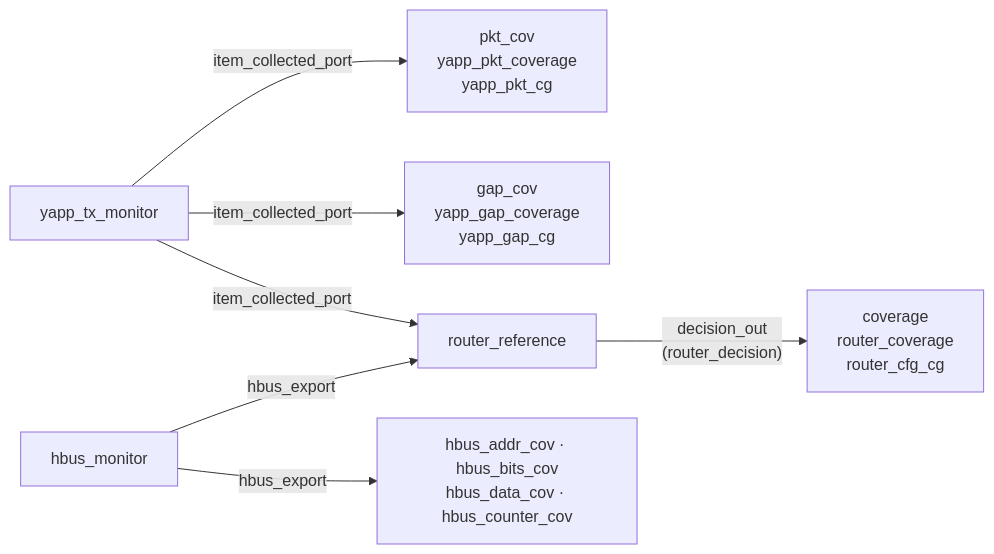
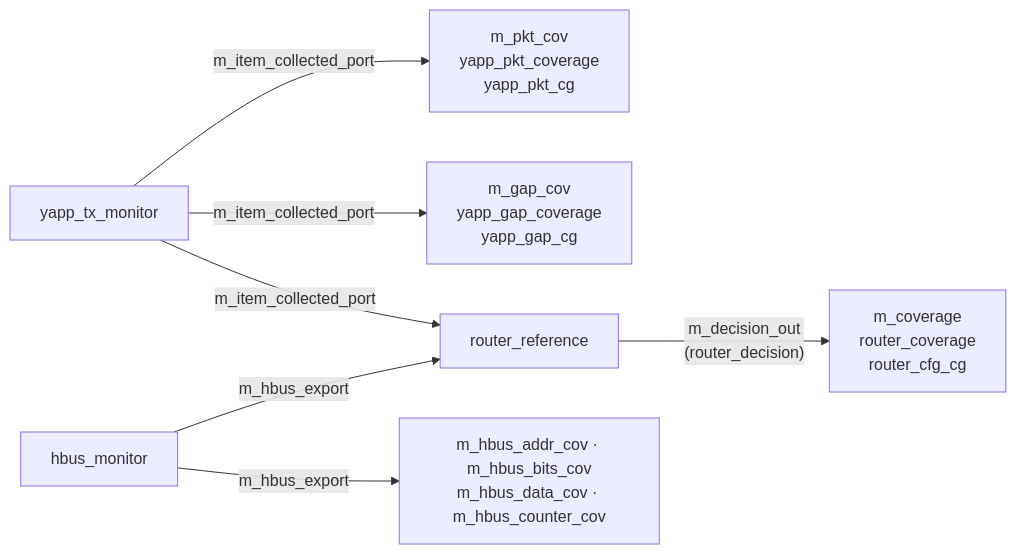
The diagram in docs/components/coverage.md (tamirgabgab/Qcom-Mentoring), drawn with Mermaid before and after one commit. The commit also changed 83 other files, not shown here.

First line of the commit message:
Site diagrams use the code's variable names

````diff
--- a/docs/components/coverage.md
+++ b/docs/components/coverage.md
@@ -21,9 +21,9 @@
 ```mermaid
 flowchart LR
-    MON["yapp_tx_monitor"] -->|"item_collected_port"| PKT["pkt_cov<br/>yapp_pkt_coverage<br/>yapp_pkt_cg"]
-    MON -->|"item_collected_port"| GAP["gap_cov<br/>yapp_gap_coverage<br/>yapp_gap_cg"]
-    MON -->|"item_collected_port"| REF["router_reference"]
-    REF -->|"decision_out<br/>(router_decision)"| RC["coverage<br/>router_coverage<br/>router_cfg_cg"]
-    HM["hbus_monitor"] -->|"hbus_export"| REF
-    HM -->|"hbus_export"| HC["hbus_addr_cov · hbus_bits_cov<br/>hbus_data_cov · hbus_counter_cov"]
+    MON["yapp_tx_monitor"] -->|"m_item_collected_port"| PKT["m_pkt_cov<br/>yapp_pkt_coverage<br/>yapp_pkt_cg"]
+    MON -->|"m_item_collected_port"| GAP["m_gap_cov<br/>yapp_gap_coverage<br/>yapp_gap_cg"]
+    MON -->|"m_item_collected_port"| REF["router_reference"]
+    REF -->|"m_decision_out<br/>(router_decision)"| RC["m_coverage<br/>router_coverage<br/>router_cfg_cg"]
+    HM["hbus_monitor"] -->|"m_hbus_export"| REF
+    HM -->|"m_hbus_export"| HC["m_hbus_addr_cov · m_hbus_bits_cov<br/>m_hbus_data_cov · m_hbus_counter_cov"]
 ```
````
